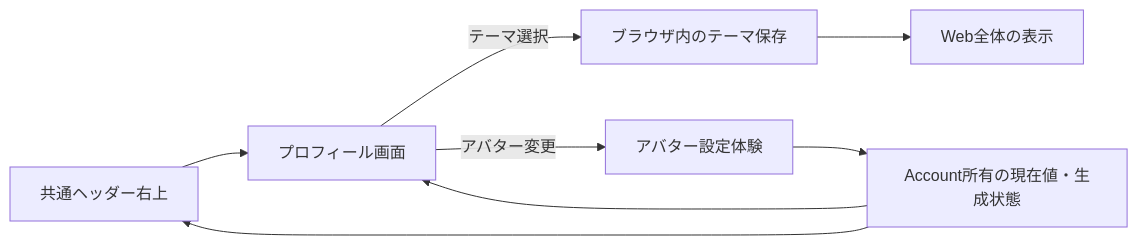
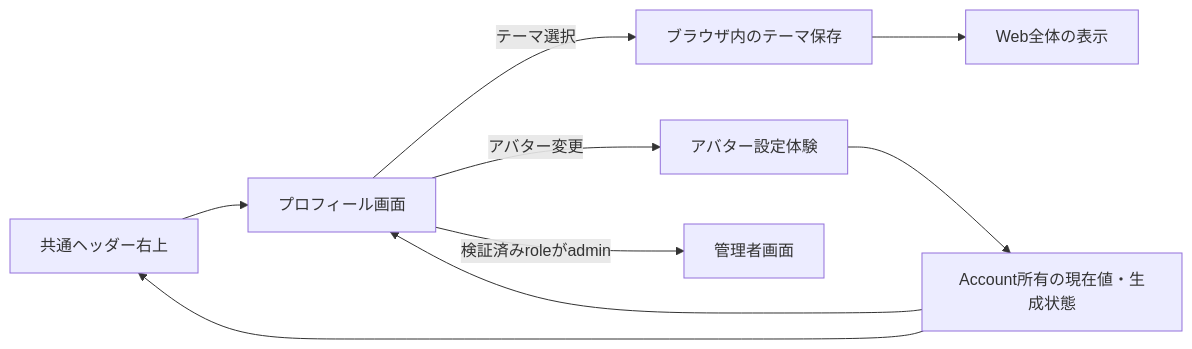
The second of 2 diagrams in docs/product/profile-settings-experience.md (kkyosuke/me-builder), drawn with Mermaid before and after one commit. The commit also changed other lines of this file and 14 other files, not shown here.

````diff
--- a/docs/product/profile-settings-experience.md
+++ b/docs/product/profile-settings-experience.md
@@ -141,10 +151,11 @@
 ```mermaid
 flowchart LR
     H[共通ヘッダー右上] --> P[プロフィール画面]
     P -->|テーマ選択| B[ブラウザ内のテーマ保存]
     B --> V[Web全体の表示]
     P -->|アバター変更| A[アバター設定体験]
+    P -->|検証済みroleがadmin| M[管理者画面]
     A --> D[Account所有の現在値・生成状態]
     D --> P
     D --> H
 ```
````
